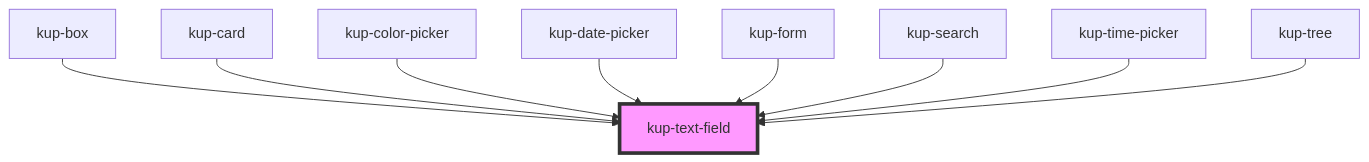
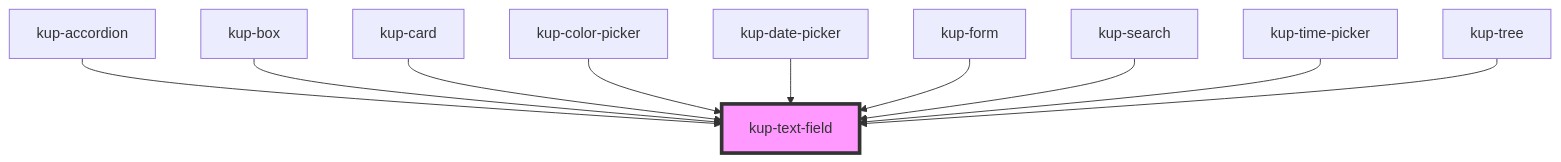
Before and after one commit to smeup/ketchup: the diagram in packages/ketchup/src/components/kup-text-field/readme.md, drawn with Mermaid. The commit also changed other lines of this file and 5 other files, not shown here.

Commit message:
kup-accordion: global filter

````diff
--- a/packages/ketchup/src/components/kup-text-field/readme.md
+++ b/packages/ketchup/src/components/kup-text-field/readme.md
@@ -124,12 +125,13 @@
 ```mermaid
 graph TD;
+  kup-accordion --> kup-text-field
   kup-box --> kup-text-field
   kup-card --> kup-text-field
   kup-color-picker --> kup-text-field
   kup-date-picker --> kup-text-field
   kup-form --> kup-text-field
   kup-search --> kup-text-field
   kup-time-picker --> kup-text-field
   kup-tree --> kup-text-field
   style kup-text-field fill:#f9f,stroke:#333,stroke-width:4px
 ```
````
